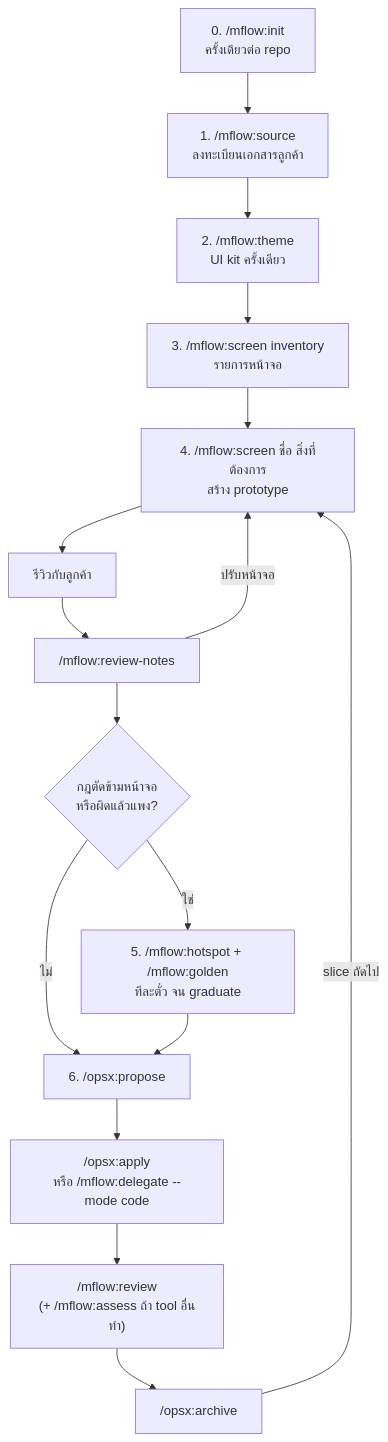
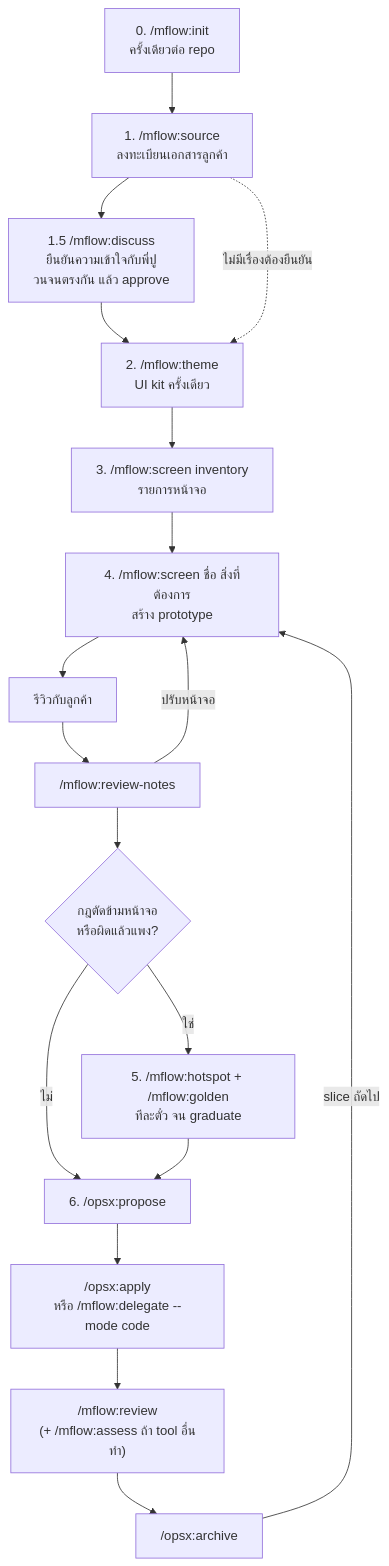
Before and after one commit to mounchons/mflow-marketplace: the diagram in docs/manual.md, drawn with Mermaid. The commit also changed other lines of this file and 17 other files, not shown here.

First line of the commit message:
Add /mflow:discuss for confirming understanding before building (v0.4.0)

````diff
--- a/docs/manual.md
+++ b/docs/manual.md
@@ -22,18 +22,20 @@
 ```mermaid
 flowchart TD
     S0["0. /mflow:init<br/>ครั้งเดียวต่อ repo"] --> S1["1. /mflow:source<br/>ลงทะเบียนเอกสารลูกค้า"]
-    S1 --> S2["2. /mflow:theme<br/>UI kit ครั้งเดียว"]
+    S1 --> D["1.5 /mflow:discuss<br/>ยืนยันความเข้าใจกับพี่ปู<br/>วนจนตรงกัน แล้ว approve"]
+    D --> S2["2. /mflow:theme<br/>UI kit ครั้งเดียว"]
+    S1 -.->|ไม่มีเรื่องต้องยืนยัน| S2
     S2 --> S3["3. /mflow:screen inventory<br/>รายการหน้าจอ"]
     S3 --> S4["4. /mflow:screen ชื่อ สิ่งที่ต้องการ<br/>สร้าง prototype"]
     S4 --> R["รีวิวกับลูกค้า"]
     R --> RN["/mflow:review-notes"]
     RN -->|ปรับหน้าจอ| S4
     RN --> Q{"กฎตัดข้ามหน้าจอ<br/>หรือผิดแล้วแพง?"}
     Q -->|ใช่| H["5. /mflow:hotspot + /mflow:golden<br/>ทีละตั๋ว จน graduate"]
     Q -->|ไม่| P
     H --> P["6. /opsx:propose"]
     P --> A["/opsx:apply<br/>หรือ /mflow:delegate --mode code"]
     A --> V["/mflow:review<br/>(+ /mflow:assess ถ้า tool อื่นทำ)"]
     V --> AR["/opsx:archive"]
     AR -->|slice ถัดไป| S4
 ```
````
